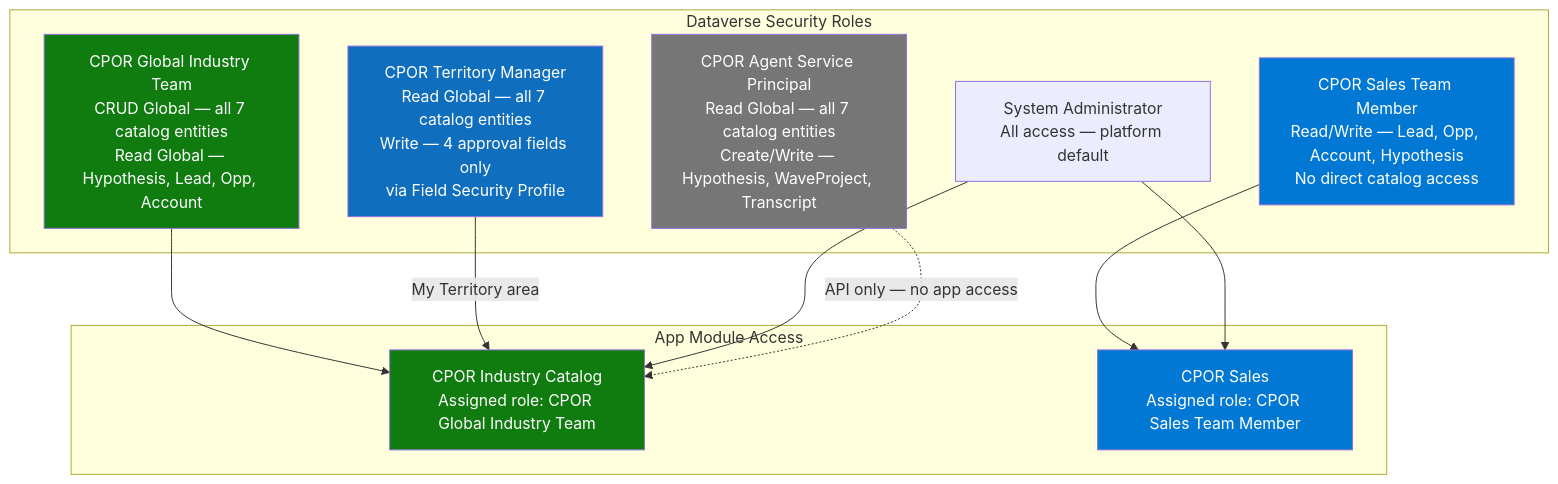
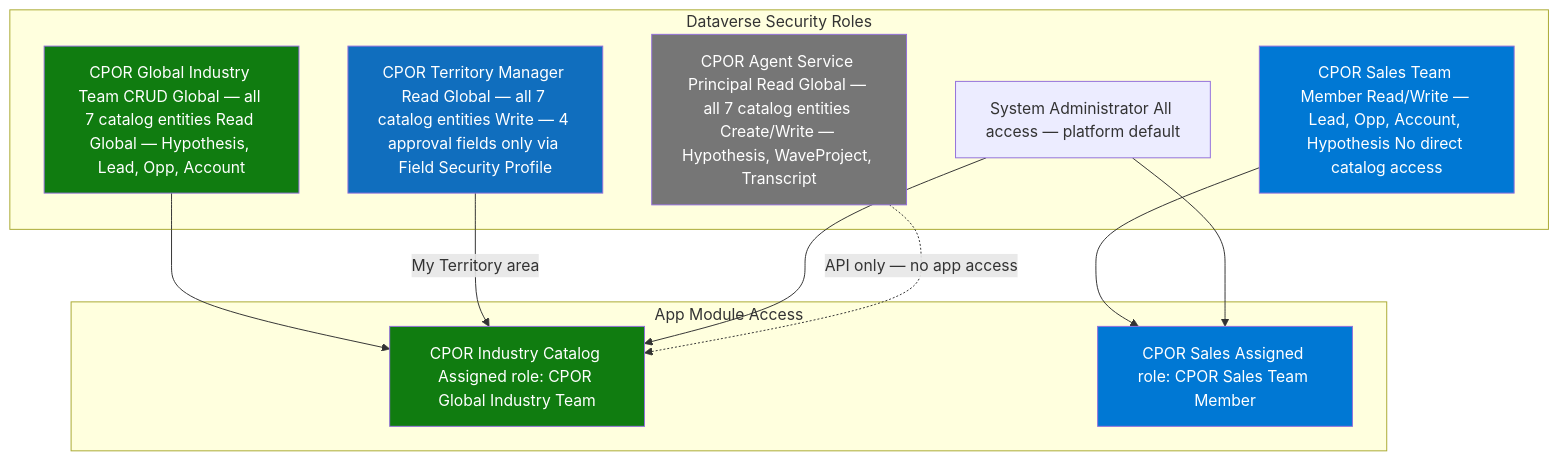
One commit to enewbold-devops/CPOR-Industry-Engagement changed diagram 19 of 23 in README.md. Above: the diagram before and after it, drawn with Mermaid. The commit also changed other lines of this file, not shown here.

````diff
--- a/README.md
+++ b/README.md
@@ -1005,29 +1014,29 @@
 ```mermaid
 graph TB
     subgraph ROLES["Dataverse Security Roles"]
-        SA[System Administrator\nAll access — platform default]
-        GIT[CPOR Global Industry Team\nCRUD Global — all 7 catalog entities\nRead Global — Hypothesis, Lead, Opp, Account]
-        TMR[CPOR Territory Manager\nRead Global — all 7 catalog entities\nWrite — 4 approval fields only\nvia Field Security Profile]
-        ASP[CPOR Agent Service Principal\nRead Global — all 7 catalog entities\nCreate/Write — Hypothesis, WaveProject, Transcript]
-        STM[CPOR Sales Team Member\nRead/Write — Lead, Opp, Account, Hypothesis\nNo direct catalog access]
+        SA[System Administrator All access — platform default]
+        GIT[CPOR Global Industry Team CRUD Global — all 7 catalog entities Read Global — Hypothesis, Lead, Opp, Account]
+        TMR[CPOR Territory Manager Read Global — all 7 catalog entities Write — 4 approval fields only via Field Security Profile]
+        ASP[CPOR Agent Service Principal Read Global — all 7 catalog entities Create/Write — Hypothesis, WaveProject, Transcript]
+        STM[CPOR Sales Team Member Read/Write — Lead, Opp, Account, Hypothesis No direct catalog access]
     end
 
     subgraph APPS2["App Module Access"]
-        ICA2[CPOR Industry Catalog\nAssigned role: CPOR Global Industry Team]
-        CSA2[CPOR Sales\nAssigned role: CPOR Sales Team Member]
+        ICA2[CPOR Industry Catalog Assigned role: CPOR Global Industry Team]
+        CSA2[CPOR Sales Assigned role: CPOR Sales Team Member]
     end
 
     GIT --> ICA2
     TMR -->|My Territory area| ICA2
     STM --> CSA2
     SA --> ICA2
     SA --> CSA2
     ASP -.->|API only — no app access| ICA2
 
     style GIT fill:#107c10,color:#fff
     style TMR fill:#106ebe,color:#fff
     style STM fill:#0078d4,color:#fff
     style ASP fill:#767676,color:#fff
     style ICA2 fill:#107c10,color:#fff
     style CSA2 fill:#0078d4,color:#fff
 ```
````
